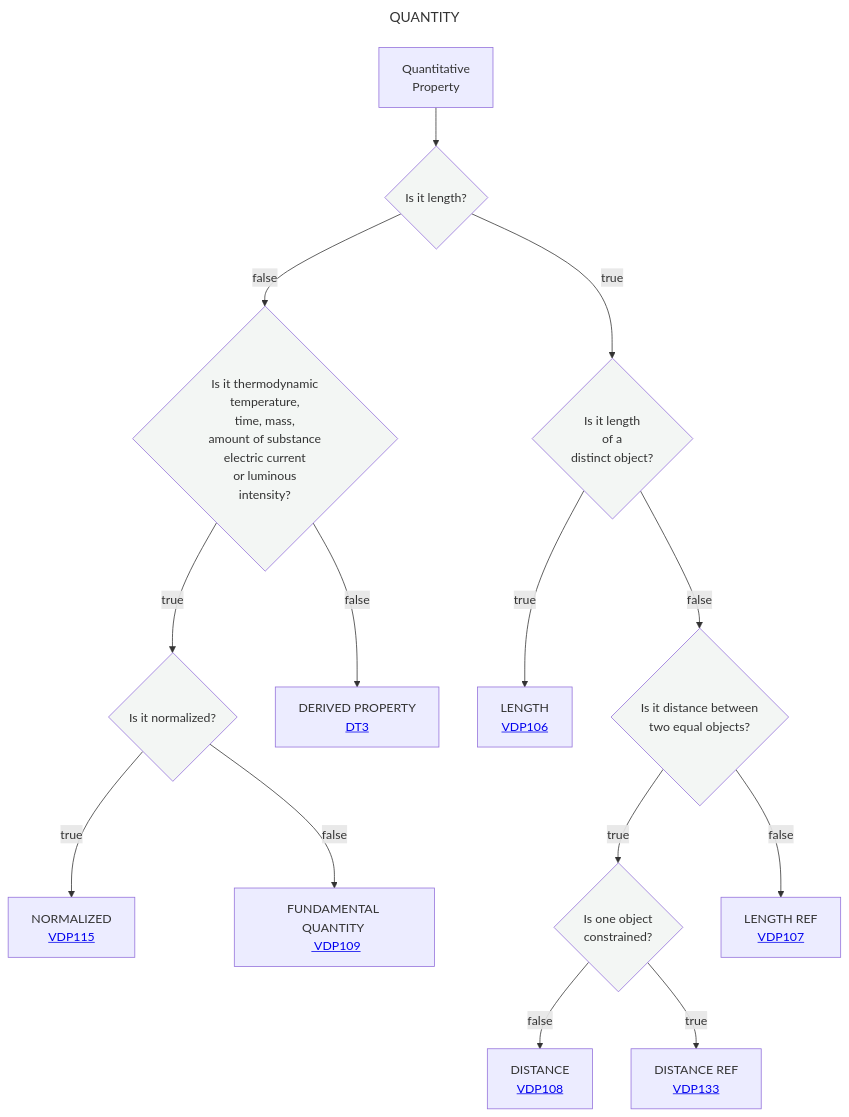
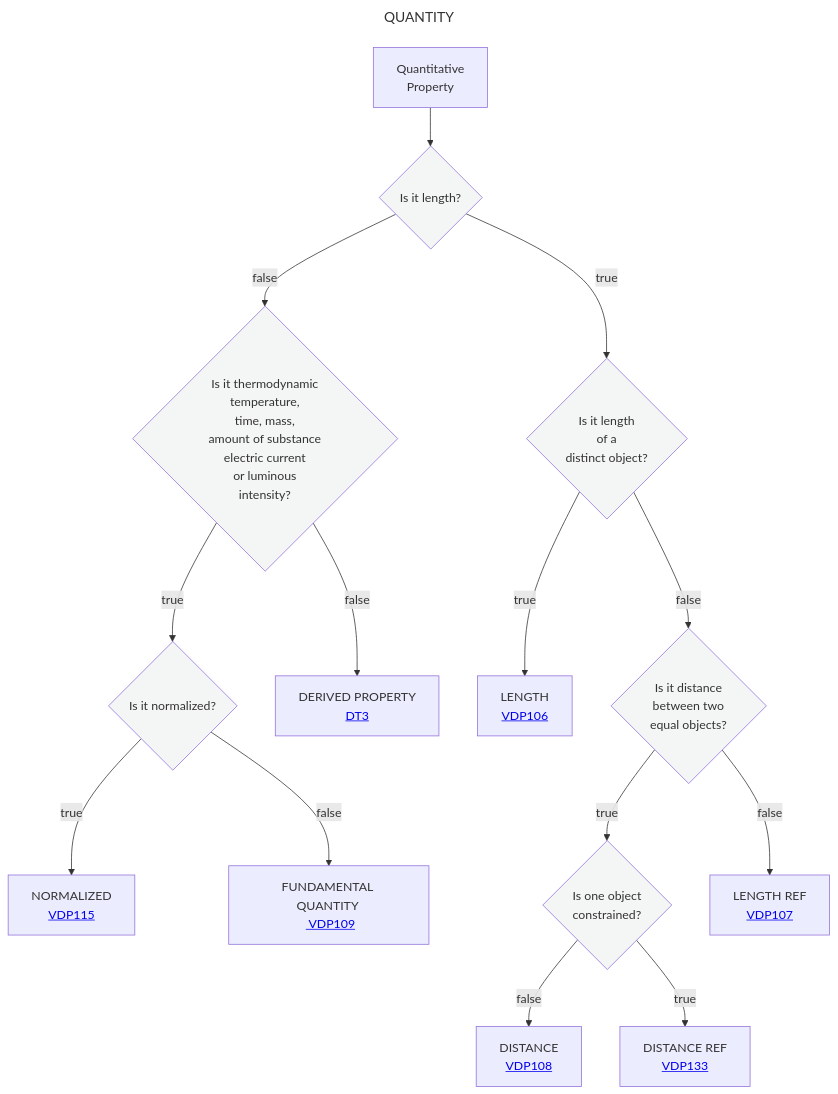
One commit to mabablue/I-ADOPT-patterns-playground changed the diagram in Decisition_trees/DT2.mmd. Above: the diagram before and after it, drawn with Mermaid.

Commit message:
Fix typo in decision tree question

```diff
--- a/Decisition_trees/DT2.mmd
+++ b/Decisition_trees/DT2.mmd
@@ -1,21 +1,21 @@
 ---
 title: QUANTITY
 ---
 flowchart TD
     A[Quantitative <br> Property] --> C{Is it length?}:::white
     C --> |true|E{Is it length <br> of a <br> distinct object?}:::white
     C --> |false|F{Is it thermodynamic <br> temperature, <br> time, mass, <br> amount of substance <br> electric current <br> or luminous <br> intensity?}:::white
     F --> |true|G{Is it normalized?}:::white
     G --> |true|H[NORMALIZED <br> <a href='https://github.com/mabablue/I-ADOPT-patterns-playground/blob/main/pattern/VDP115.yaml'> VDP115</a>] 
     G --> |false|I[FUNDAMENTAL QUANTITY <br> <a href='https://github.com/mabablue/I-ADOPT-patterns-playground/blob/main/pattern/VDP109.yaml'> VDP109</a>] 
     F --> |false|M[DERIVED PROPERTY <br> <a href='https://github.com/mabablue/I-ADOPT-patterns-playground/blob/main/Decisition_trees/DT3.mmd'> DT3</a>] 
     E --> |true|N[LENGTH <br> <a href='https://github.com/mabablue/I-ADOPT-patterns-playground/blob/main/pattern/VD1P06.yaml'> VDP106</a>] 
-    E --> |false|O{Is it distance between <br> two equal objects?}:::white
+    E --> |false|O{Is it distance <br> between two <br> equal objects?}:::white
     O --> |true|P{Is one object <br> constrained?}:::white
     P --> |false|R[DISTANCE <br> <a href='https://github.com/mabablue/I-ADOPT-patterns-playground/blob/main/pattern/VDP108.yaml'> VDP108</a>] 
     P --> |true|S[DISTANCE REF<br> <a href='https://github.com/mabablue/I-ADOPT-patterns-playground/blob/main/pattern/VDP133.yaml'> VDP133</a>] 
     O --> |false|Q[LENGTH REF <br> <a href='https://github.com/mabablue/I-ADOPT-patterns-playground/blob/main/pattern/VDP107.yaml'> VDP107</a>] 
    classDef blue fill:#90D5FF
    classDef satblue fill:#57B9FF 
    classDef white fill:#f3f6f4
    classDef green fill:#6aa84f
```
